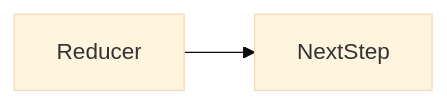
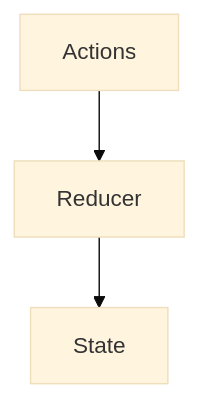
One commit to OmidJavaherii/Frontend-Engineering-Handbook changed the second of 2 diagrams in docs/en/10-react/reducer/index.md. Above: the diagram before and after it, drawn with Mermaid (base theme). The commit also changed other lines of this file and 461 other files, not shown here.

````diff
--- a/docs/en/10-react/reducer/index.md
+++ b/docs/en/10-react/reducer/index.md
@@ -96,4 +113,4 @@
 ```mermaid
-flowchart LR
-  concept[Reducer] --> nextStep[NextStep]
+flowchart TD
+  Actions --> Reducer --> State
 ```
````
